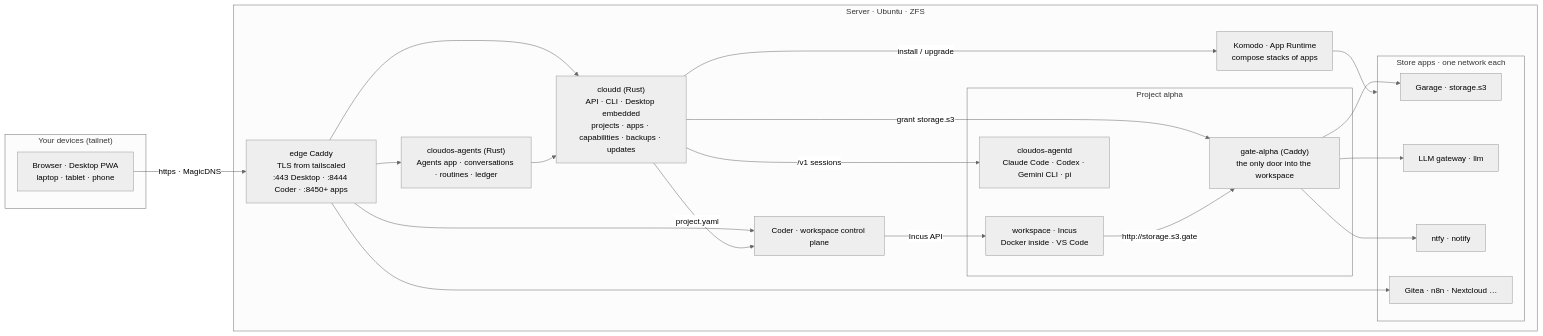
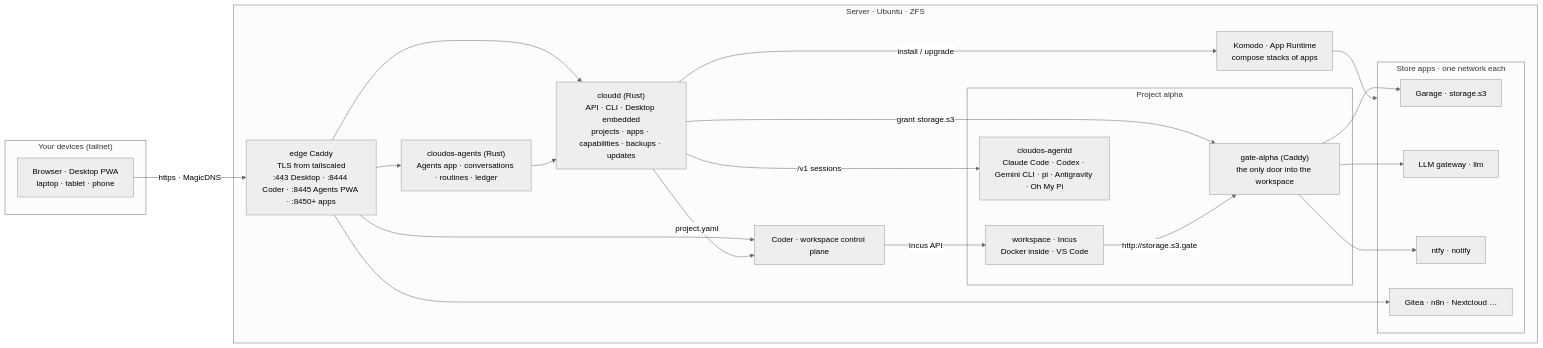
One commit to agentverse-os/AgentVerse-OS changed the diagram in README.md. Above: the diagram before and after it, drawn with Mermaid (neutral theme). The commit also changed other lines of this file and 2201 other files, not shown here.

Commit message:
Agents: Antigravity CLI and Oh My Pi engines, PWA, voice, spend limits and account pool, event hub; code comments in English; core, Desktop, installer and store updates

````diff
--- a/README.md
+++ b/README.md
@@ -80,42 +80,42 @@
 ```mermaid
 flowchart LR
   subgraph devices["Your devices (tailnet)"]
     B["Browser · Desktop PWA<br/>laptop · tablet · phone"]
   end
 
   subgraph host["Server · Ubuntu · ZFS"]
-    E["edge Caddy<br/>TLS from tailscaled<br/>:443 Desktop · :8444 Coder · :8450+ apps"]
+    E["edge Caddy<br/>TLS from tailscaled<br/>:443 Desktop · :8444 Coder · :8445 Agents PWA · :8450+ apps"]
     C["cloudd (Rust)<br/>API · CLI · Desktop embedded<br/>projects · apps · capabilities · backups · updates"]
     A["cloudos-agents (Rust)<br/>Agents app · conversations · routines · ledger"]
     subgraph ws["Project alpha"]
       G["gate-alpha (Caddy)<br/>the only door into the workspace"]
       W["workspace · Incus<br/>Docker inside · VS Code"]
-      D["cloudos-agentd<br/>Claude Code · Codex · Gemini CLI · pi"]
+      D["cloudos-agentd<br/>Claude Code · Codex · Gemini CLI · pi · Antigravity · Oh My Pi"]
     end
     K["Komodo · App Runtime<br/>compose stacks of apps"]
     subgraph apps["Store apps · one network each"]
       S3["Garage · storage.s3"]
       LLM["LLM gateway · llm"]
       N["ntfy · notify"]
       X["Gitea · n8n · Nextcloud …"]
     end
     CO["Coder · workspace control plane"]
   end
 
   B -- "https · MagicDNS" --> E
   E --> C
   E --> A
   A --> C
   C -- "/v1 sessions" --> D
   E --> CO
   E --> X
   C -- "project.yaml" --> CO
   CO -- "Incus API" --> W
   C -- "grant storage.s3" --> G
   G --> S3
   G --> LLM
   G --> N
   W -- "http://storage.s3.gate" --> G
   C -- "install / upgrade" --> K
   K --> apps
 ```
````
